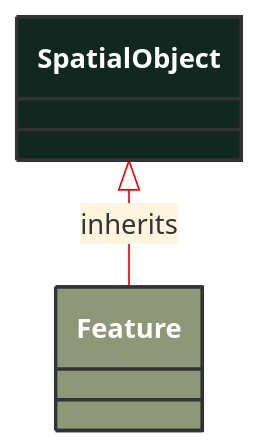
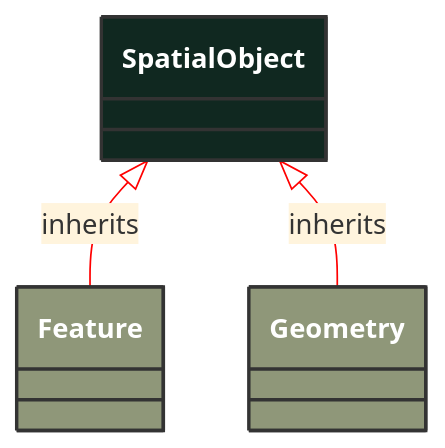
One commit to 3lbits/NoCIMExtensions changed the diagram in docs/Models/Profiles/GridCapacity/ConcreteClasses/SpatialObject.md. Above: the diagram before and after it, drawn with Mermaid. The commit also changed 63 other files, not shown here.

````diff
--- a/docs/Models/Profiles/GridCapacity/ConcreteClasses/SpatialObject.md
+++ b/docs/Models/Profiles/GridCapacity/ConcreteClasses/SpatialObject.md
@@ -8,16 +8,22 @@
 ```mermaid
 %%{init: {'theme':'base','themeVariables': {'lineColor': '#FF0000'}}}%%
 classDiagram
     class SpatialObject
     click SpatialObject href "/Models/Profiles/GridCapacity/ConcreteClasses/SpatialObject/"
     style SpatialObject fill:#102820,stroke:#333,stroke-width:2px,rx:10,ry:10,color:white
 
         SpatialObject <|-- Feature : inherits
 
         Feature
             click Feature href "/Models/Profiles/GridCapacity/ConcreteClasses/Feature/"
             style Feature fill:#8F9779,stroke:#333,stroke-width:2px,rx:10,ry:10,color:white
 
+        SpatialObject <|-- Geometry : inherits
+
+        Geometry
+            click Geometry href "/Models/Profiles/GridCapacity/ConcreteClasses/Geometry/"
+            style Geometry fill:#8F9779,stroke:#333,stroke-width:2px,rx:10,ry:10,color:white
+
 
 
 ```
````
